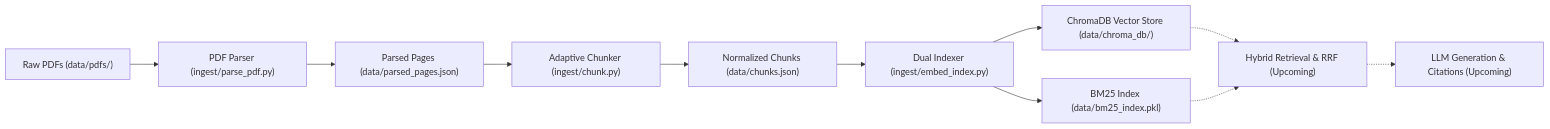
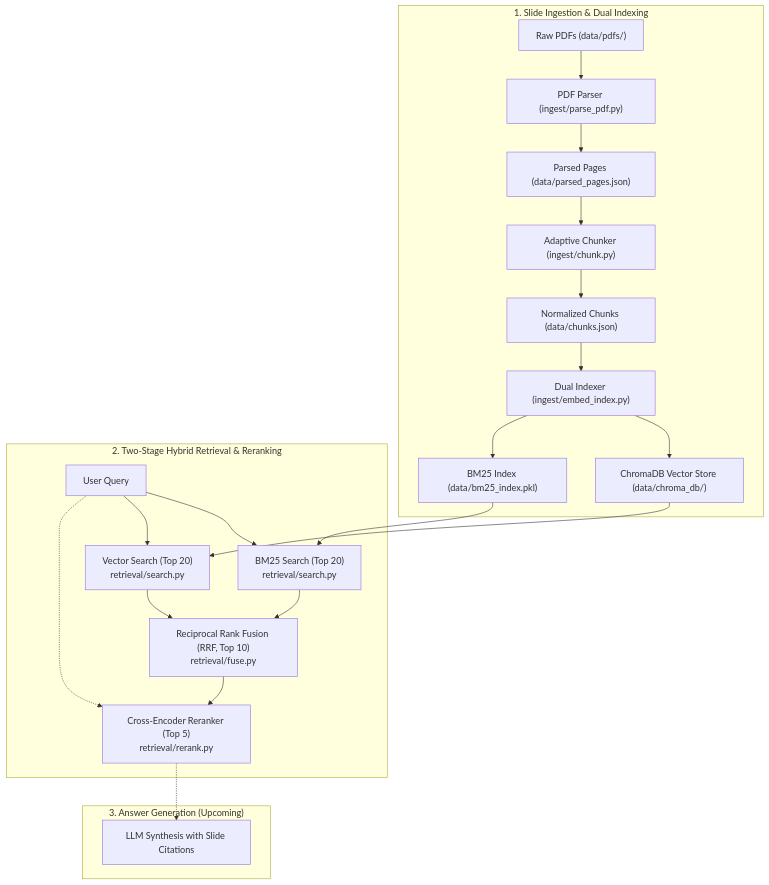
The diagram in README.md (Niyaz05/RAG-with-Hybrid-Search), drawn with Mermaid before and after one commit. The commit also changed other lines of this file and 9 other files, not shown here.

````diff
--- a/README.md
+++ b/README.md
@@ -11,13 +11,27 @@
 ```mermaid
-flowchart LR
-    A["Raw PDFs (data/pdfs/)"] --> B["PDF Parser (ingest/parse_pdf.py)"]
-    B --> C["Parsed Pages (data/parsed_pages.json)"]
-    C --> D["Adaptive Chunker (ingest/chunk.py)"]
-    D --> E["Normalized Chunks (data/chunks.json)"]
-    E --> F["Dual Indexer (ingest/embed_index.py)"]
-    F --> G["ChromaDB Vector Store (data/chroma_db/)"]
-    F --> H["BM25 Index (data/bm25_index.pkl)"]
-    G -.-> I["Hybrid Retrieval & RRF (Upcoming)"]
-    H -.-> I
-    I -.-> J["LLM Generation & Citations (Upcoming)"]
+flowchart TD
+    subgraph Ingestion ["1. Slide Ingestion & Dual Indexing"]
+        A["Raw PDFs (data/pdfs/)"] --> B["PDF Parser (ingest/parse_pdf.py)"]
+        B --> C["Parsed Pages (data/parsed_pages.json)"]
+        C --> D["Adaptive Chunker (ingest/chunk.py)"]
+        D --> E["Normalized Chunks (data/chunks.json)"]
+        E --> F["Dual Indexer (ingest/embed_index.py)"]
+        F --> G["ChromaDB Vector Store (data/chroma_db/)"]
+        F --> H["BM25 Index (data/bm25_index.pkl)"]
+    end
+
+    subgraph Retrieval ["2. Two-Stage Hybrid Retrieval & Reranking"]
+        Q["User Query"] --> S1["BM25 Search (Top 20)<br/>retrieval/search.py"]
+        Q --> S2["Vector Search (Top 20)<br/>retrieval/search.py"]
+        H --> S1
+        G --> S2
+        S1 --> RRF["Reciprocal Rank Fusion (RRF, Top 10)<br/>retrieval/fuse.py"]
+        S2 --> RRF
+        RRF --> CE["Cross-Encoder Reranker (Top 5)<br/>retrieval/rerank.py"]
+        Q -.-> CE
+    end
+
+    subgraph Generation ["3. Answer Generation (Upcoming)"]
+        CE -.-> LLM["LLM Synthesis with Slide Citations"]
+    end
 ```
````
